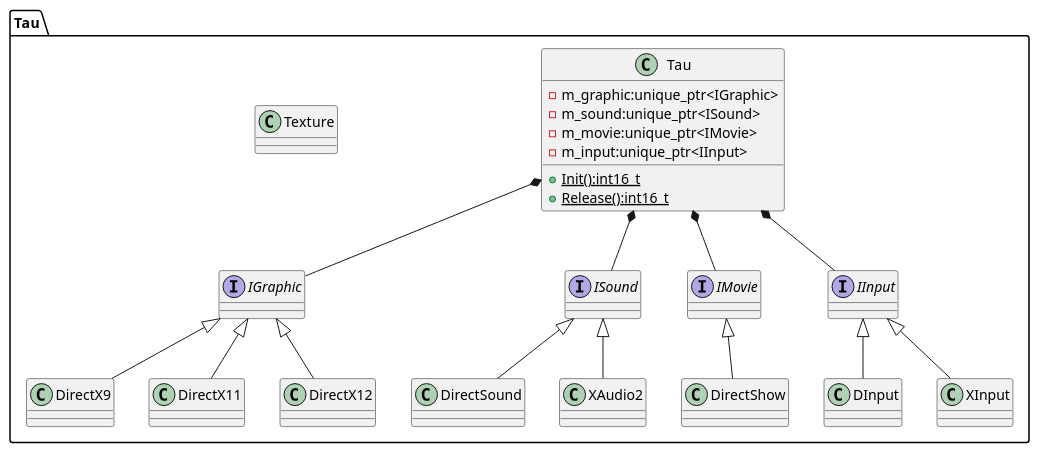
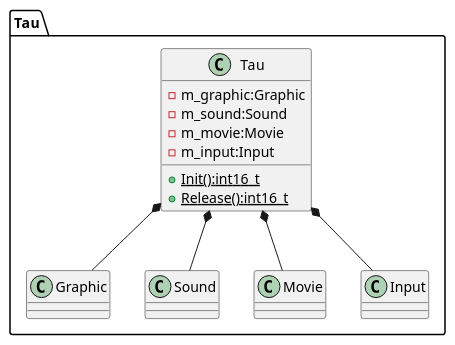
Before and after one commit to KazumaOhura/Tau: the diagram in UML/Core/Tau.pu, drawn with PlantUML. The commit also changed 4 other files, not shown here.

```diff
--- a/UML/Core/Tau.pu
+++ b/UML/Core/Tau.pu
@@ -1,45 +1,22 @@
 @startuml Tau
 
 set namespaceSeparator ::
 
 namespace Tau{
   class Tau{
-    -m_graphic:unique_ptr<IGraphic>
-    -m_sound:unique_ptr<ISound>
-    -m_movie:unique_ptr<IMovie>
-    -m_input:unique_ptr<IInput>
+    -m_graphic:Graphic
+    -m_sound:Sound
+    -m_movie:Movie
+    -m_input:Input
 
     {static} +Init():int16_t
     {static} +Release():int16_t
   }
-  
-  interface IGraphic
-  interface ISound
-  interface IMovie
-  interface IInput
-
-  class DirectX9
-  class DirectX11
-  class DirectX12
-  class DirectSound
-  class XAudio2
-  class DirectShow
-  class Texture
-  class DInput
-  class XInput
 }
 
-Tau::IInput <|-- Tau::DInput
-Tau::IInput <|-- Tau::XInput
-Tau::IGraphic <|-- Tau::DirectX9
-Tau::IGraphic <|-- Tau::DirectX11
-Tau::IGraphic <|-- Tau::DirectX12
-Tau::ISound <|-- Tau::XAudio2
-Tau::ISound <|-- Tau::DirectSound
-Tau::IMovie <|-- Tau::DirectShow
-Tau::Tau *-- Tau::IGraphic
-Tau::Tau *-- Tau::ISound
-Tau::Tau *-- Tau::IMovie
-Tau::Tau *-- Tau::IInput
+Tau::Tau *-- Tau::Graphic
+Tau::Tau *-- Tau::Sound
+Tau::Tau *-- Tau::Movie
+Tau::Tau *-- Tau::Input
 
 @enduml
```
